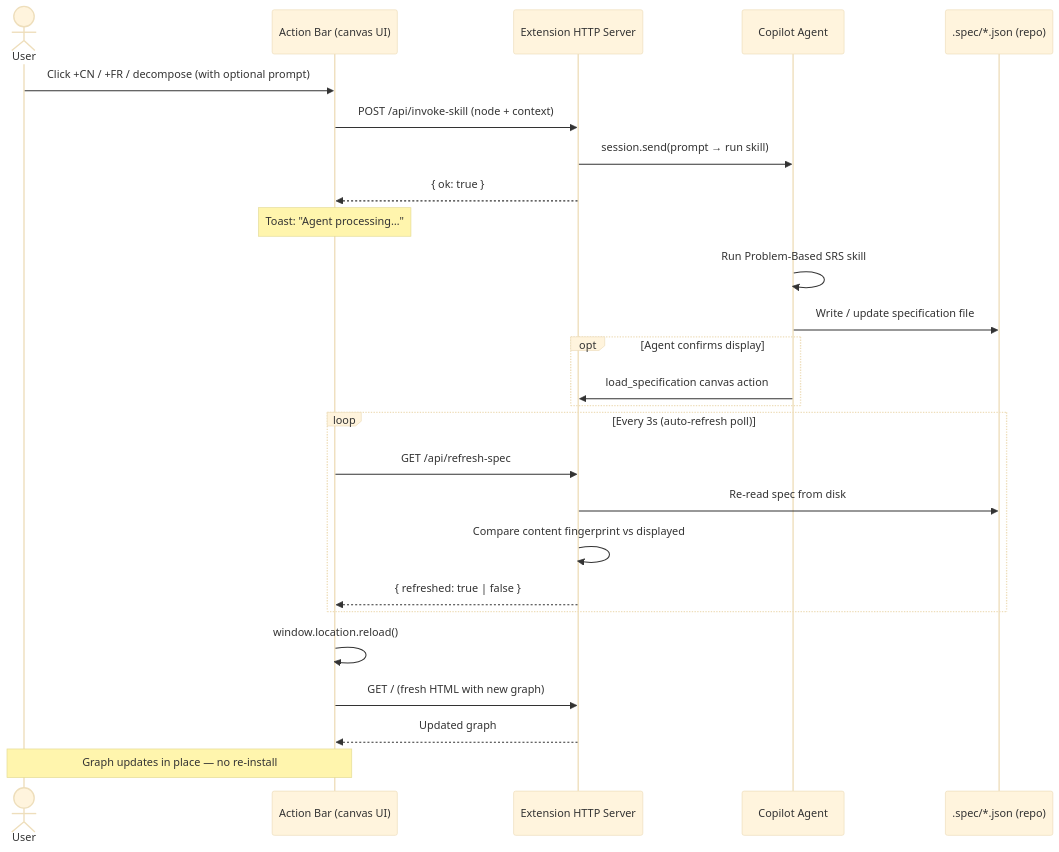
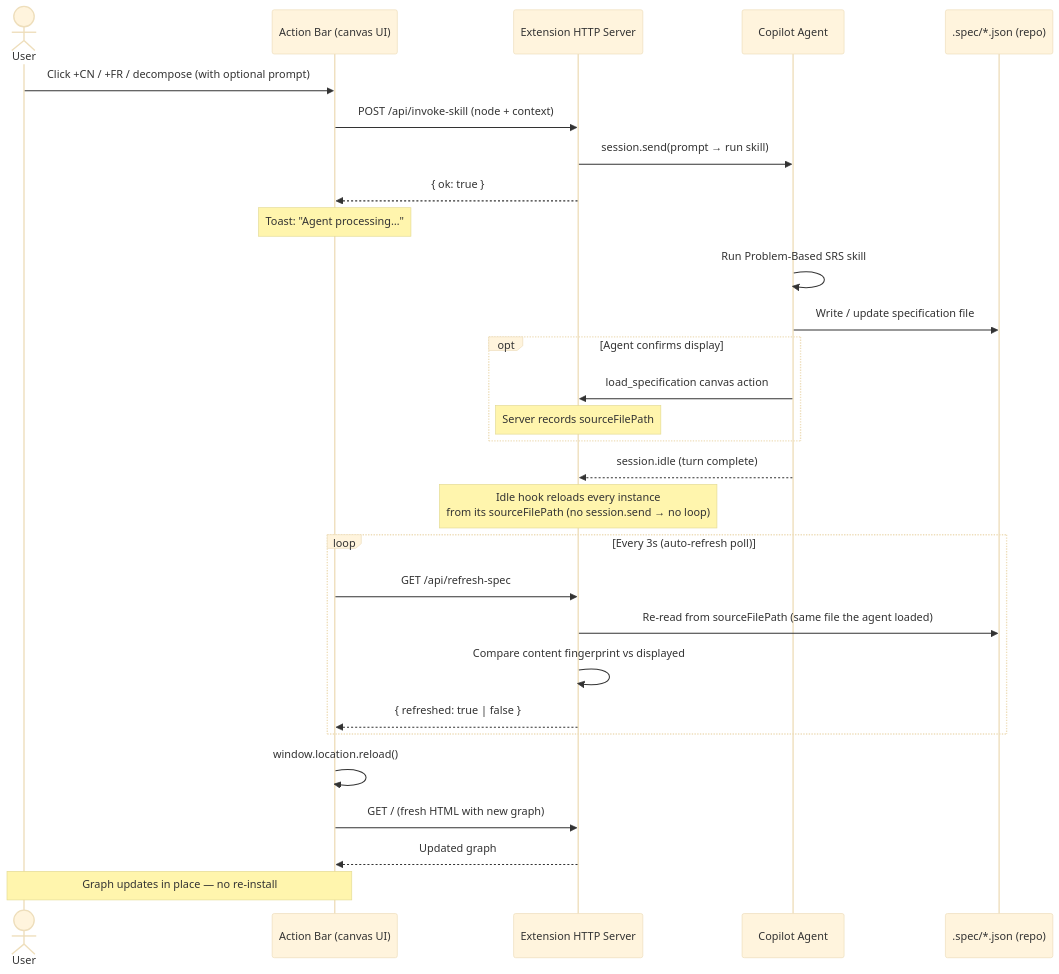
Before and after one commit to RafaelGorski/problem-based-srs-app: the first of 2 diagrams in .github/extensions/srs-navigator/README.md, drawn with Mermaid (base theme). The commit also changed other lines of this file and 1 other file, not shown here.

Commit message:
Align canvas refresh with agent source and add idle completion hook
Refresh button, auto-refresh poll, and a new session.idle hook now reload
each canvas instance from the same file the agent loaded (tracked via
sourceFilePath), instead of always rescanning the .spec/ folder. This keeps
the manual refresh button in lock-step with load_specification and reflects
spec edits after a turn completes without re-installing the extension.

- Add reloadInstanceFromSource() shared helper (prefers sourceFilePath,
  conditional .spec/ folder-scan fallback)
- Track sourceFilePath in open, load_specification, compile_spec, and the
  landing check-spec handler
- Rewrite both /api/refresh-spec handlers to use the helper
- Add loop-free session.idle hook that reloads open canvases on turn end
- Document the idle hook and source-aligned refresh in README mermaid diagrams

````diff
--- a/.github/extensions/srs-navigator/README.md
+++ b/.github/extensions/srs-navigator/README.md
@@ -152,32 +152,36 @@
 ```mermaid
 sequenceDiagram
     actor User
     participant Bar as Action Bar (canvas UI)
     participant Srv as Extension HTTP Server
     participant Agent as Copilot Agent
     participant Spec as .spec/*.json (repo)
 
     User->>Bar: Click +CN / +FR / decompose (with optional prompt)
     Bar->>Srv: POST /api/invoke-skill (node + context)
     Srv->>Agent: session.send(prompt → run skill)
     Srv-->>Bar: { ok: true }
     Note over Bar: Toast: "Agent processing…"
 
     Agent->>Agent: Run Problem-Based SRS skill
     Agent->>Spec: Write / update specification file
     opt Agent confirms display
         Agent->>Srv: load_specification canvas action
+        Note over Srv: Server records sourceFilePath
     end
+
+    Agent-->>Srv: session.idle (turn complete)
+    Note over Srv: Idle hook reloads every instance<br/>from its sourceFilePath (no session.send → no loop)
 
     loop Every 3s (auto-refresh poll)
         Bar->>Srv: GET /api/refresh-spec
-        Srv->>Spec: Re-read spec from disk
+        Srv->>Spec: Re-read from sourceFilePath (same file the agent loaded)
         Srv->>Srv: Compare content fingerprint vs displayed
         Srv-->>Bar: { refreshed: true | false }
     end
 
     Bar->>Bar: window.location.reload()
     Bar->>Srv: GET / (fresh HTML with new graph)
     Srv-->>Bar: Updated graph
     Note over User,Bar: Graph updates in place — no re-install
 ```
````
